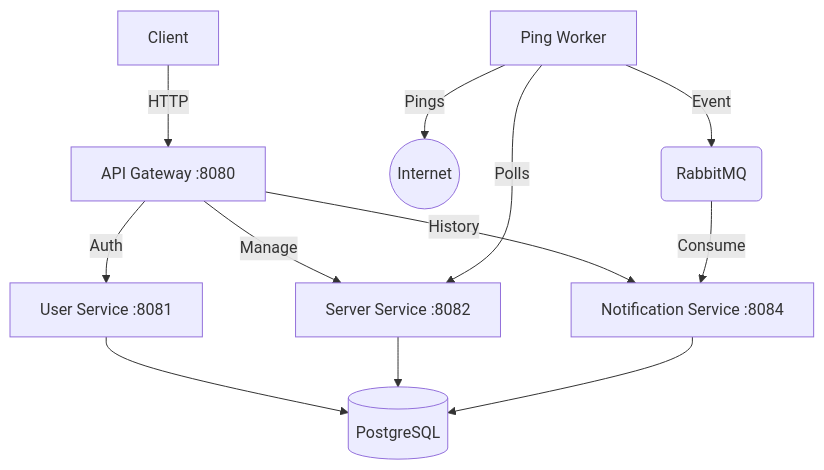
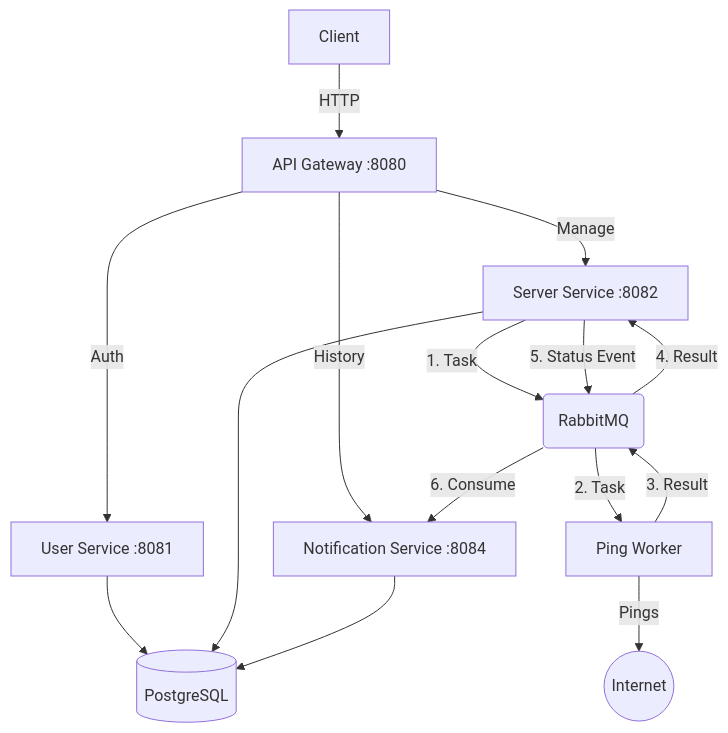
The diagram in README.md (SlavikHom/StaSHus), drawn with Mermaid before and after one commit. The commit also changed other lines of this file, not shown here.

````diff
--- a/README.md
+++ b/README.md
@@ -38,17 +45,21 @@
 ```mermaid
 graph TD
     Client[Client] -->|HTTP| Gateway[API Gateway :8080]
     Gateway -->|Auth| User[User Service :8081]
     Gateway -->|Manage| Server[Server Service :8082]
     Gateway -->|History| Notif[Notification Service :8084]
-    
-    Ping[Ping Worker] -- Polls --> Server
+
+    Server -- 1. Task --> RMQ(RabbitMQ)
+    RMQ -- 2. Task --> Ping[Ping Worker]
+    Ping -- 3. Result --> RMQ
+    RMQ -- 4. Result --> Server
+
+    Server -- 5. Status Event --> RMQ
+    RMQ -- 6. Consume --> Notif
+
     Ping -- Pings --> Internet((Internet))
-    Ping -- Event --> RMQ(RabbitMQ)
-    
-    RMQ -- Consume --> Notif
-    
+
     User --> DB[(PostgreSQL)]
     Server --> DB
     Notif --> DB
 ```
````
